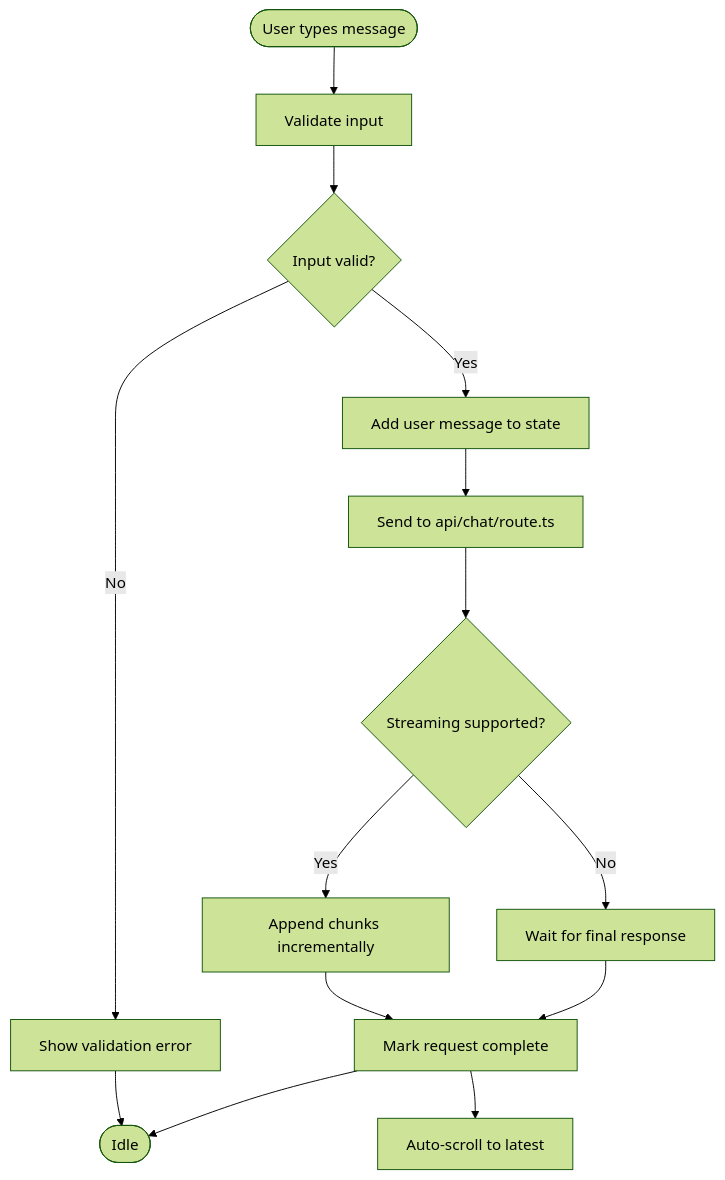
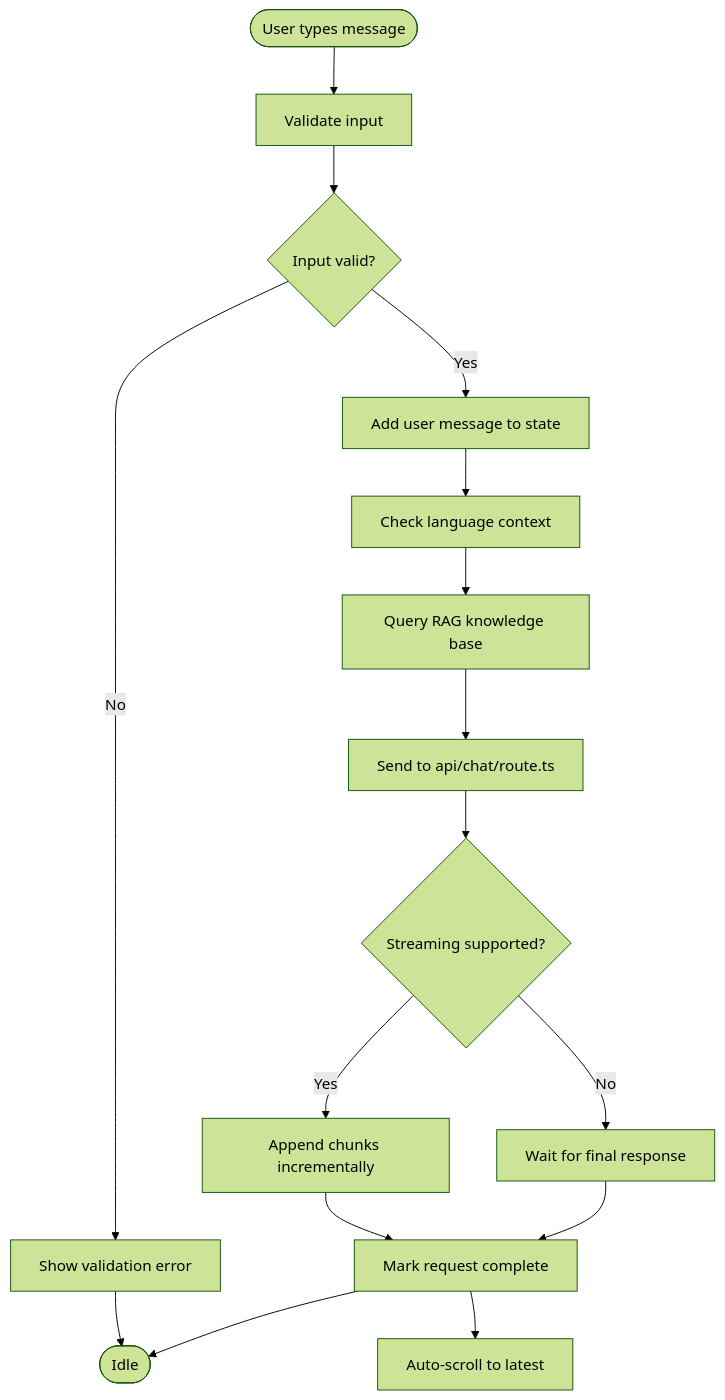
Before and after one commit to alibaba-hackathon-fsi/frontend-vaya: the third of 4 diagrams in .qoder/repowiki/en/content/Chat Interface/Chat UI Components.md, drawn with Mermaid (forest theme). The commit also changed other lines of this file and 36 other files, not shown here.

````diff
--- a/.qoder/repowiki/en/content/Chat Interface/Chat UI Components.md
+++ b/.qoder/repowiki/en/content/Chat Interface/Chat UI Components.md
@@ -187,16 +216,18 @@
 ```mermaid
 flowchart TD
 Start(["User types message"]) --> Validate["Validate input"]
 Validate --> Valid{"Input valid?"}
 Valid --> |No| ShowError["Show validation error"]
 Valid --> |Yes| AddUserMsg["Add user message to state"]
-AddUserMsg --> SendReq["Send to api/chat/route.ts"]
+AddUserMsg --> LangCheck["Check language context"]
+LangCheck --> RAGQuery["Query RAG knowledge base"]
+RAGQuery --> SendReq["Send to api/chat/route.ts"]
 SendReq --> Streaming{"Streaming supported?"}
 Streaming --> |Yes| UpdateChunks["Append chunks incrementally"]
 Streaming --> |No| WaitFinal["Wait for final response"]
 UpdateChunks --> Done["Mark request complete"]
 WaitFinal --> Done
 Done --> Scroll["Auto-scroll to latest"]
 ShowError --> End(["Idle"])
 Done --> End
 ```
````
